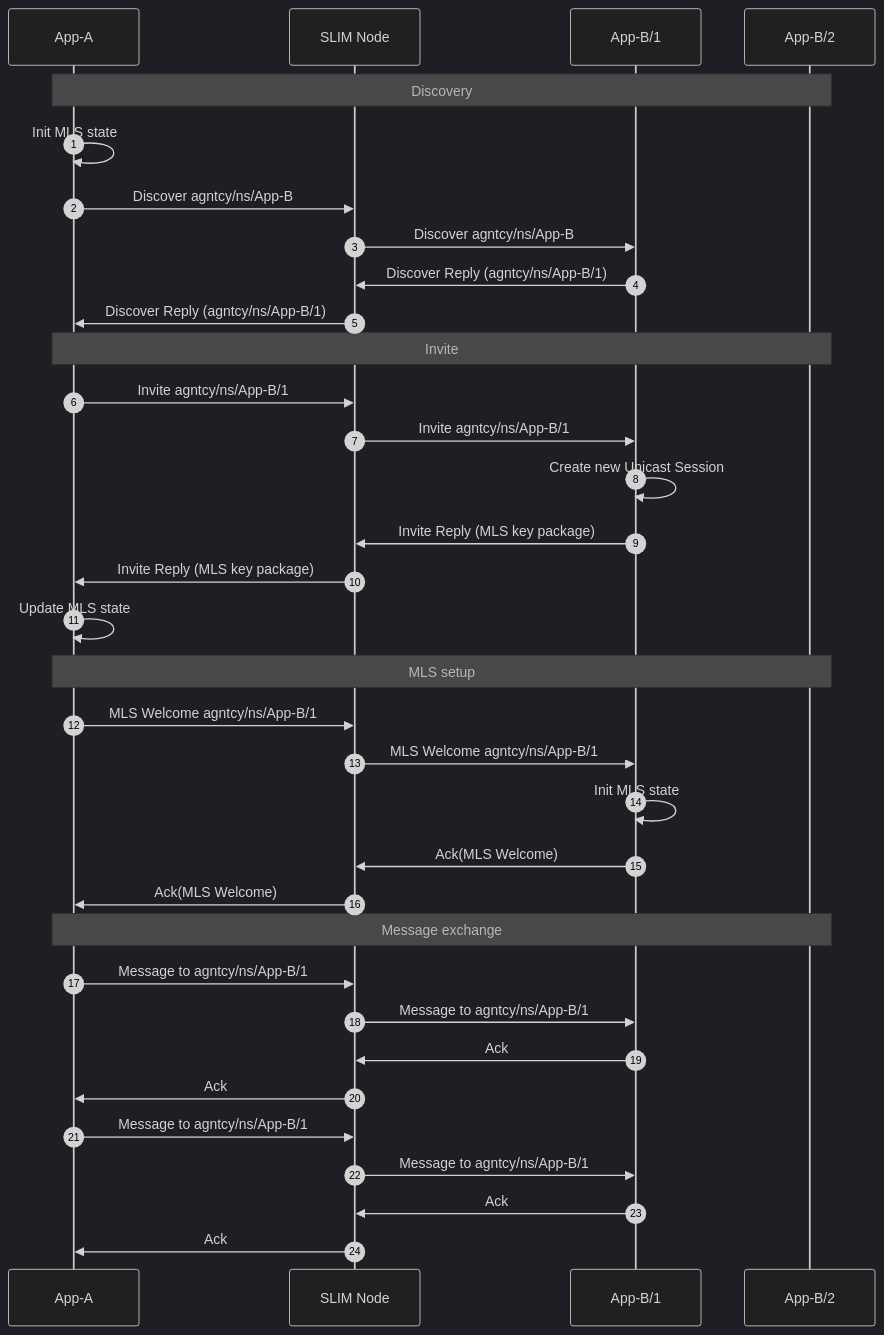
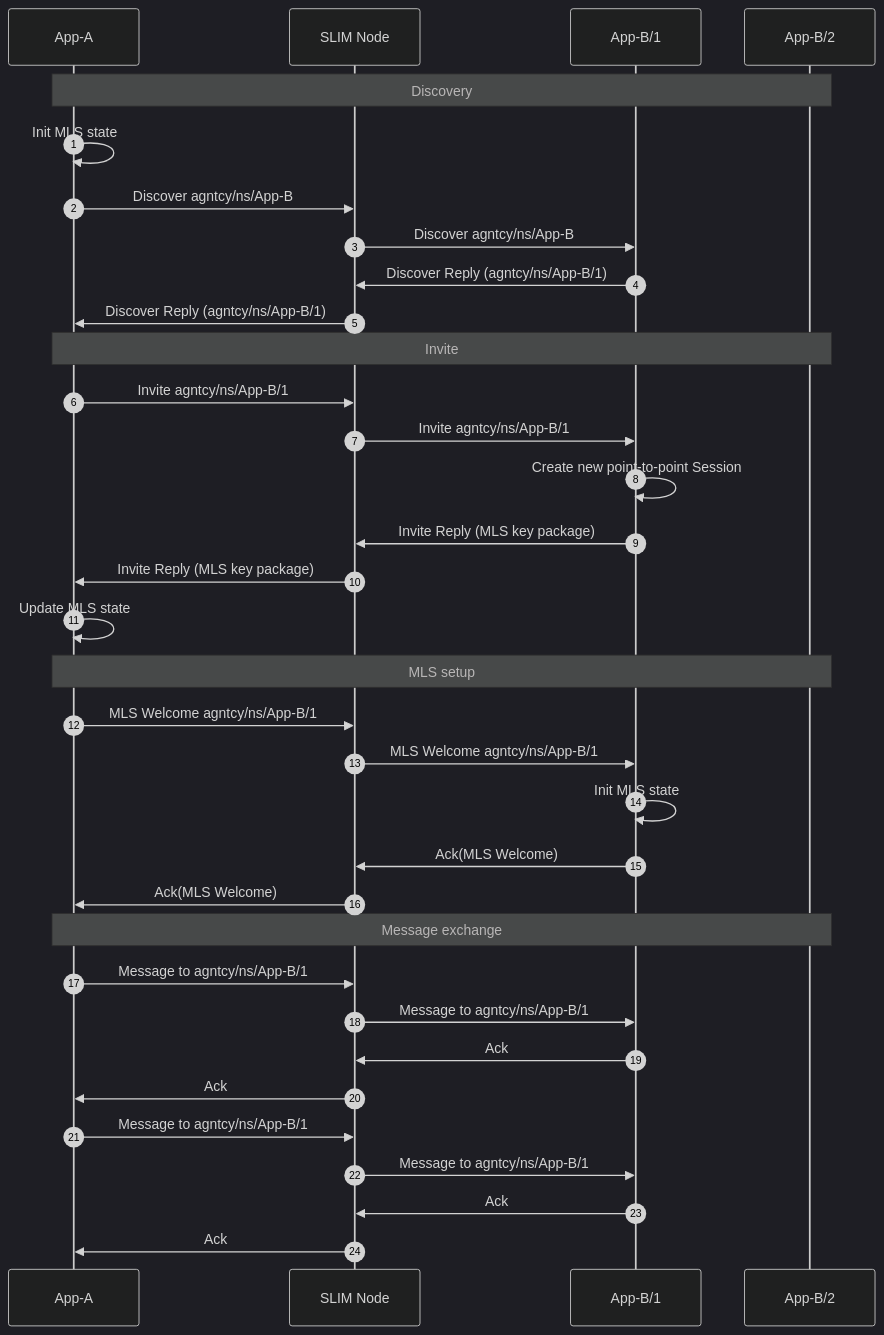
Before and after one commit to agntcy/docs: the first of 3 diagrams in docs/messaging/slim-session.md, drawn with Mermaid (dark theme). The commit also changed other lines of this file and 5 other files, not shown here.

````diff
--- a/docs/messaging/slim-session.md
+++ b/docs/messaging/slim-session.md
@@ -142,42 +24,42 @@
 ```mermaid
 sequenceDiagram
     autonumber
 
     participant App-A
     participant SLIM Node
     participant App-B/1
     participant App-B/2
 
     Note over App-A,App-B/2: Discovery
     App-A->>App-A: Init MLS state
     App-A->>SLIM Node: Discover agntcy/ns/App-B
     SLIM Node->>App-B/1: Discover agntcy/ns/App-B
     App-B/1->>SLIM Node: Discover Reply (agntcy/ns/App-B/1)
     SLIM Node->>App-A: Discover Reply (agntcy/ns/App-B/1)
 
     Note over App-A,App-B/2: Invite
     App-A->>SLIM Node: Invite agntcy/ns/App-B/1
     SLIM Node->>App-B/1: Invite agntcy/ns/App-B/1
-    App-B/1->>App-B/1: Create new Unicast Session
+    App-B/1->>App-B/1: Create new point-to-point Session
     App-B/1->>SLIM Node: Invite Reply (MLS key package)
     SLIM Node->>App-A: Invite Reply (MLS key package)
     App-A->>App-A: Update MLS state
 
     Note over App-A,App-B/2: MLS setup
     App-A->>SLIM Node: MLS Welcome agntcy/ns/App-B/1
     SLIM Node->>App-B/1: MLS Welcome agntcy/ns/App-B/1
     App-B/1->>App-B/1: Init MLS state
     App-B/1->>SLIM Node: Ack(MLS Welcome)
     SLIM Node->>App-A: Ack(MLS Welcome)
 
     Note over App-A,App-B/2: Message exchange
     App-A->>SLIM Node: Message to agntcy/ns/App-B/1
     SLIM Node->>App-B/1: Message to agntcy/ns/App-B/1
     App-B/1->>SLIM Node: Ack
     SLIM Node->>App-A: Ack
 
     App-A->>SLIM Node: Message to agntcy/ns/App-B/1
     SLIM Node->>App-B/1: Message to agntcy/ns/App-B/1
     App-B/1->>SLIM Node: Ack
     SLIM Node->>App-A: Ack
 ```
````
